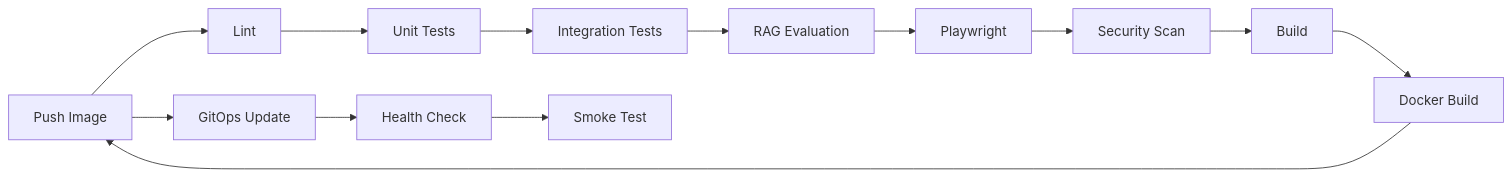
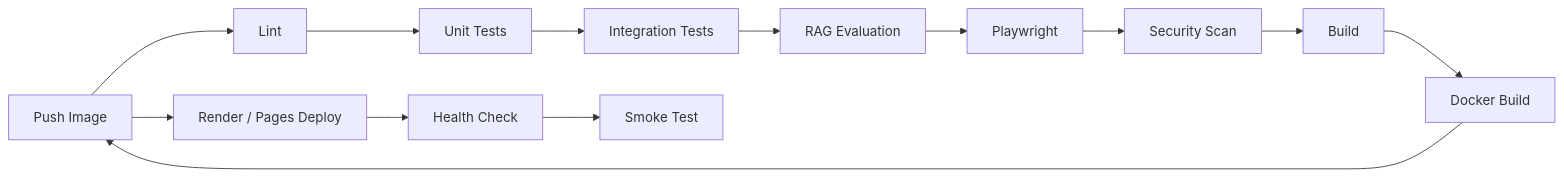
Before and after one commit to imtarget05/Smart-Document-Chatbot: the second of 2 diagrams in SMART_DOCUMENT_CHATBOT_NAB_READY_BLUEPRINT.md, drawn with Mermaid. The commit also changed other lines of this file and 23 other files, not shown here.

First line of the commit message:
chore(infra): remove Kubernetes/ArgoCD entirely; deploy via Render + Cloudflare Pages

````diff
--- a/SMART_DOCUMENT_CHATBOT_NAB_READY_BLUEPRINT.md
+++ b/SMART_DOCUMENT_CHATBOT_NAB_READY_BLUEPRINT.md
@@ -1742,15 +1721,15 @@
 ```mermaid
 flowchart LR
     Push["Git Push"] --> Lint["Lint"]
     Lint --> Unit["Unit Tests"]
     Unit --> Integration["Integration Tests"]
     Integration --> RAGEval["RAG Evaluation"]
     RAGEval --> E2E["Playwright"]
     E2E --> Security["Security Scan"]
     Security --> Build["Build"]
     Build --> Docker["Docker Build"]
     Docker --> Push["Push Image"]
-    Push --> Deploy["GitOps Update"]
+    Push --> Deploy["Render / Pages Deploy"]
     Deploy --> Health["Health Check"]
     Health --> Smoke["Smoke Test"]
 ```
````
